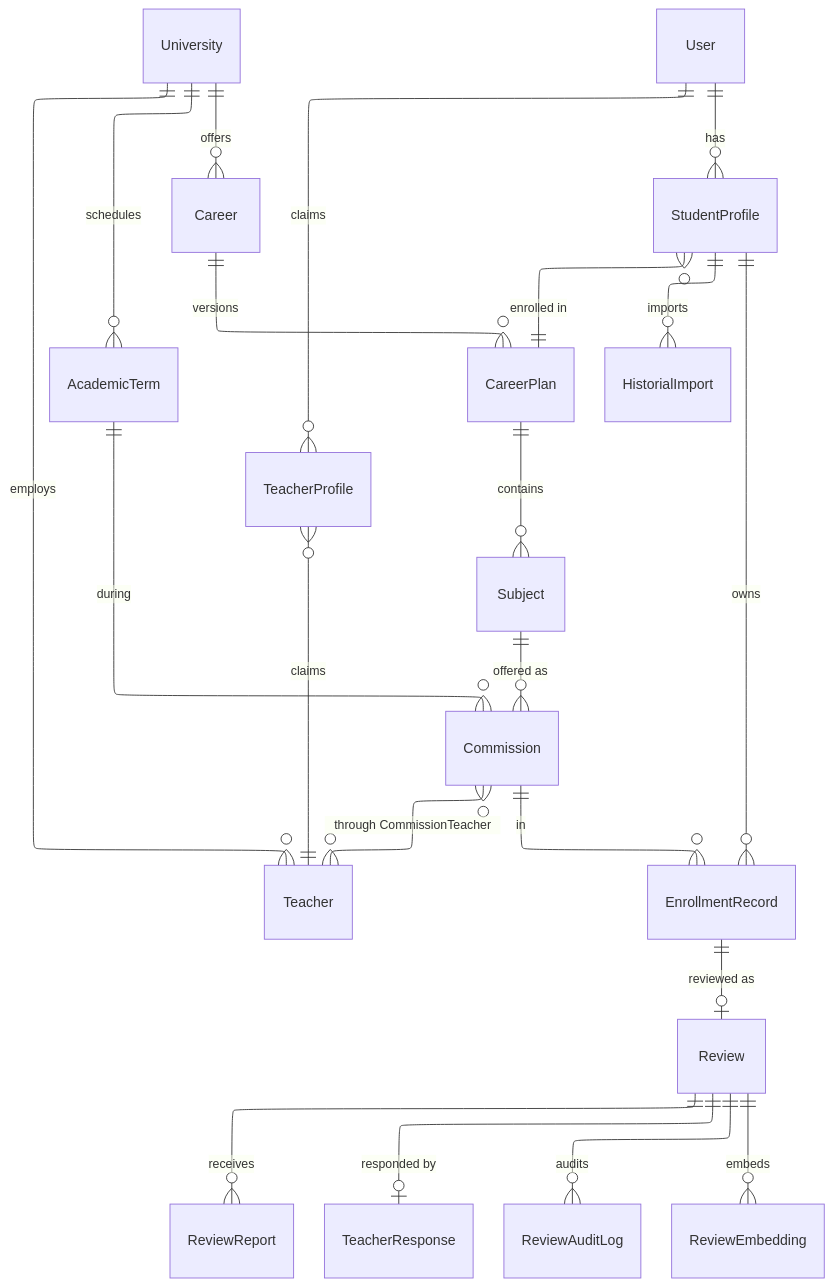
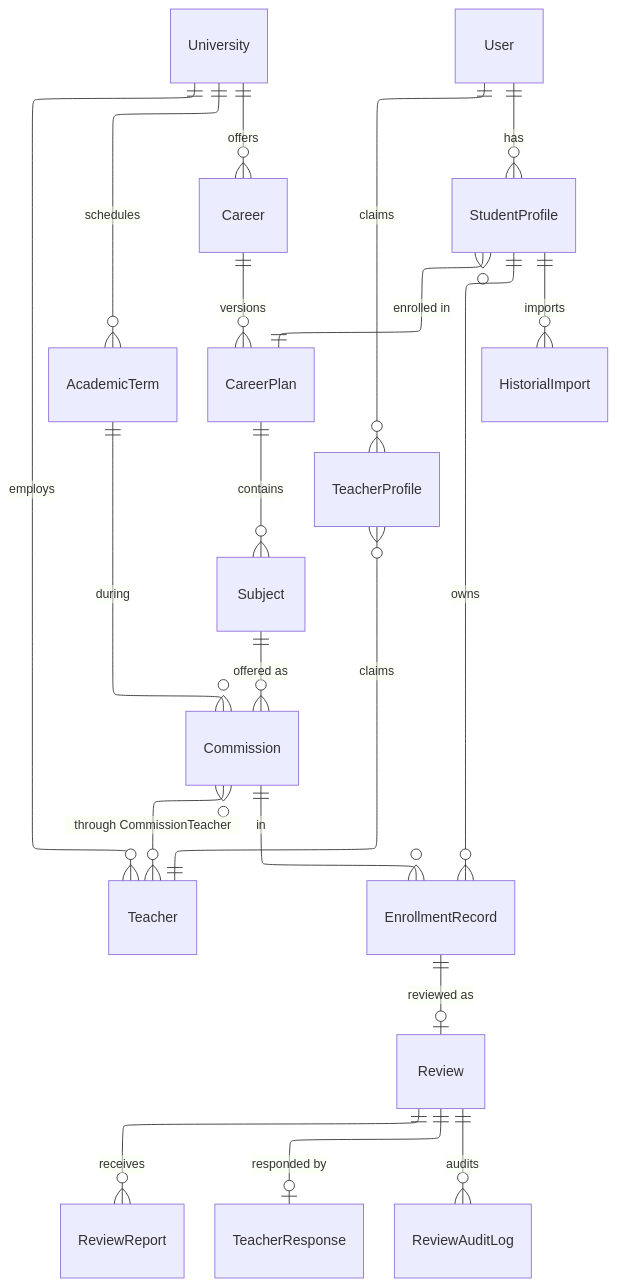
The first of 5 diagrams in docs/architecture/data-model.md (lucasidev/plan-b), drawn with Mermaid before and after one commit. The commit also changed other lines of this file and 14 other files, not shown here.

````diff
--- a/docs/architecture/data-model.md
+++ b/docs/architecture/data-model.md
@@ -23,30 +23,29 @@
 ```mermaid
 ---
 config:
     layout: elk
 ---
 erDiagram
     University ||--o{ Career : offers
     University ||--o{ Teacher : employs
     University ||--o{ AcademicTerm : schedules
     Career ||--o{ CareerPlan : versions
     CareerPlan ||--o{ Subject : contains
     Subject ||--o{ Commission : "offered as"
     AcademicTerm ||--o{ Commission : during
     Commission }o--o{ Teacher : "through CommissionTeacher"
 
     User ||--o{ StudentProfile : has
     User ||--o{ TeacherProfile : claims
     StudentProfile }o--|| CareerPlan : "enrolled in"
     TeacherProfile }o--|| Teacher : "claims"
 
     StudentProfile ||--o{ EnrollmentRecord : owns
     Commission ||--o{ EnrollmentRecord : in
     StudentProfile ||--o{ HistorialImport : imports
 
     EnrollmentRecord ||--o| Review : "reviewed as"
     Review ||--o{ ReviewReport : receives
     Review ||--o| TeacherResponse : "responded by"
     Review ||--o{ ReviewAuditLog : audits
-    Review ||--o{ ReviewEmbedding : embeds
 ```
````
